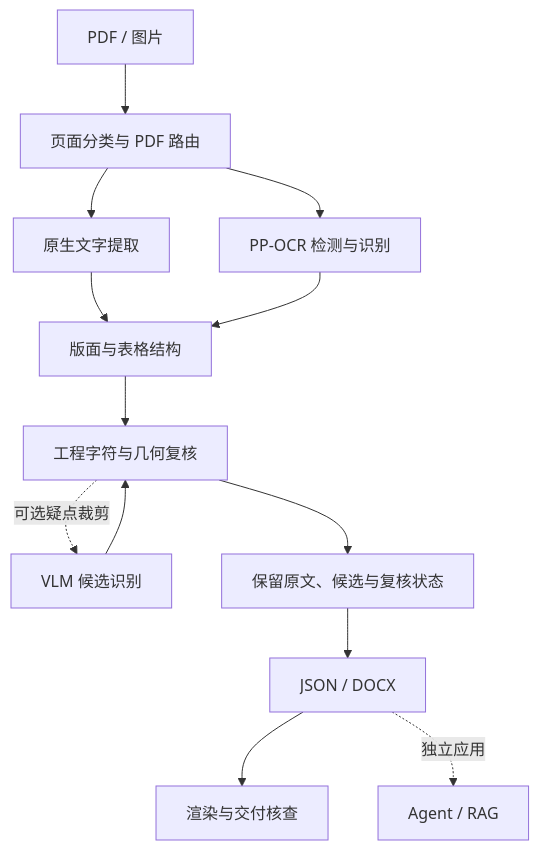
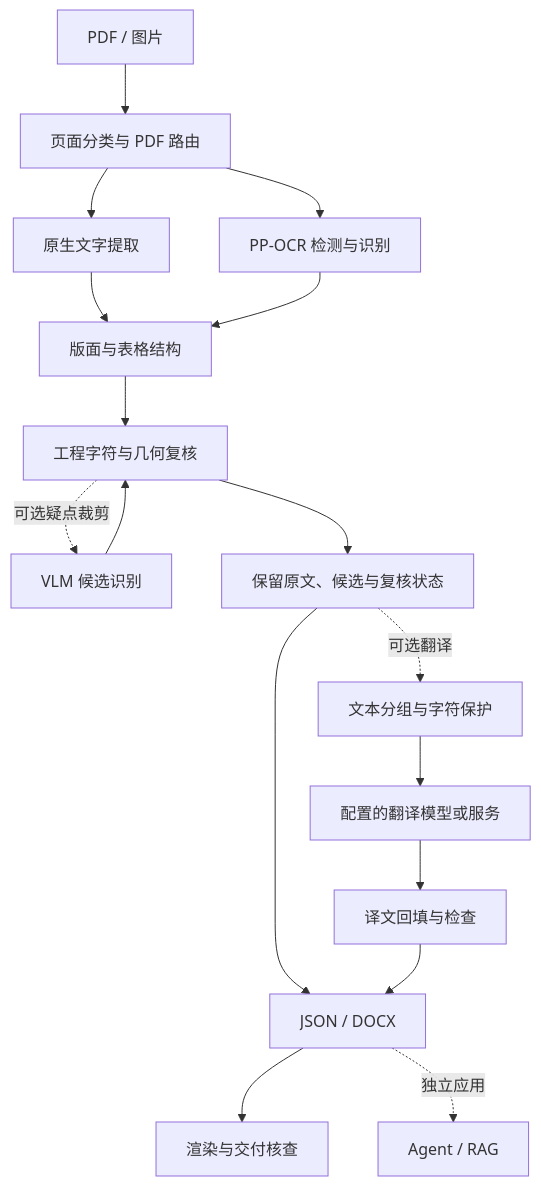
Before and after one commit to YSADF/ocr-document-showcase: the first of 2 diagrams in docs/ARCHITECTURE.md, drawn with Mermaid. The commit also changed other lines of this file and 132 other files, not shown here.

````diff
--- a/docs/ARCHITECTURE.md
+++ b/docs/ARCHITECTURE.md
@@ -11,15 +11,19 @@
 ```mermaid
 flowchart TD
     A[PDF / 图片] --> B[页面分类与 PDF 路由]
     B --> C[原生文字提取]
     B --> D[PP-OCR 检测与识别]
     C --> E[版面与表格结构]
     D --> E
     E --> F[工程字符与几何复核]
     F -. 可选疑点裁剪 .-> V[VLM 候选识别]
     V --> F
     F --> G[保留原文、候选与复核状态]
     G --> H[JSON / DOCX]
+    G -. 可选翻译 .-> T[文本分组与字符保护]
+    T --> U[配置的翻译模型或服务]
+    U --> W[译文回填与检查]
+    W --> H
     H --> I[渲染与交付核查]
     H -. 独立应用 .-> J[Agent / RAG]
 ```
````
